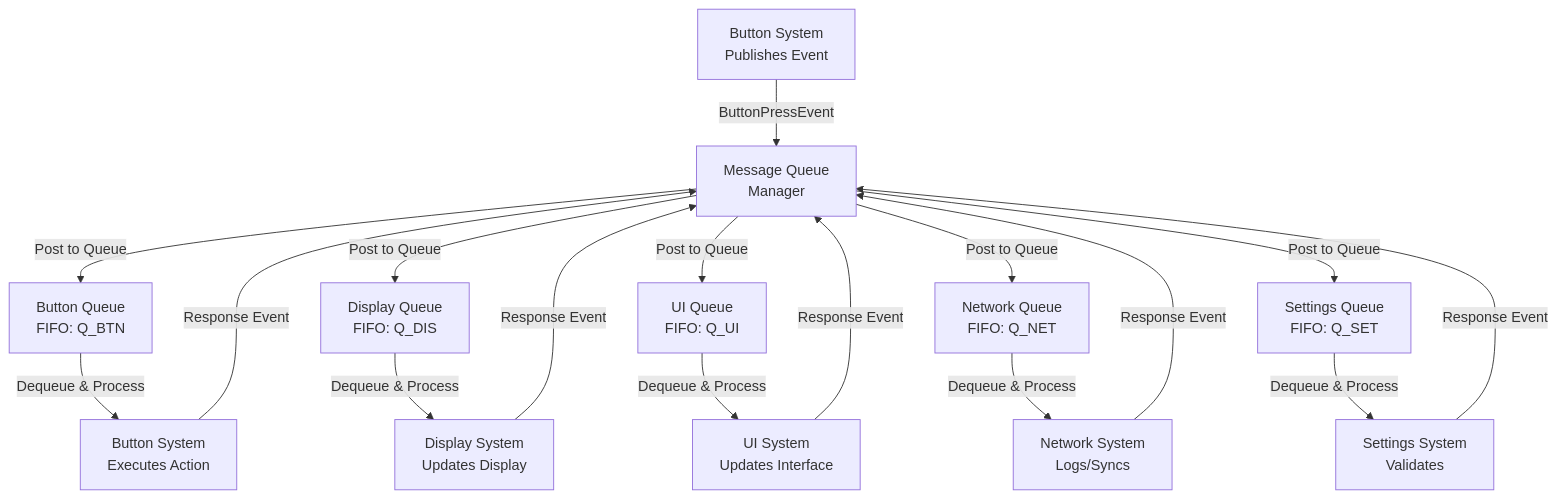
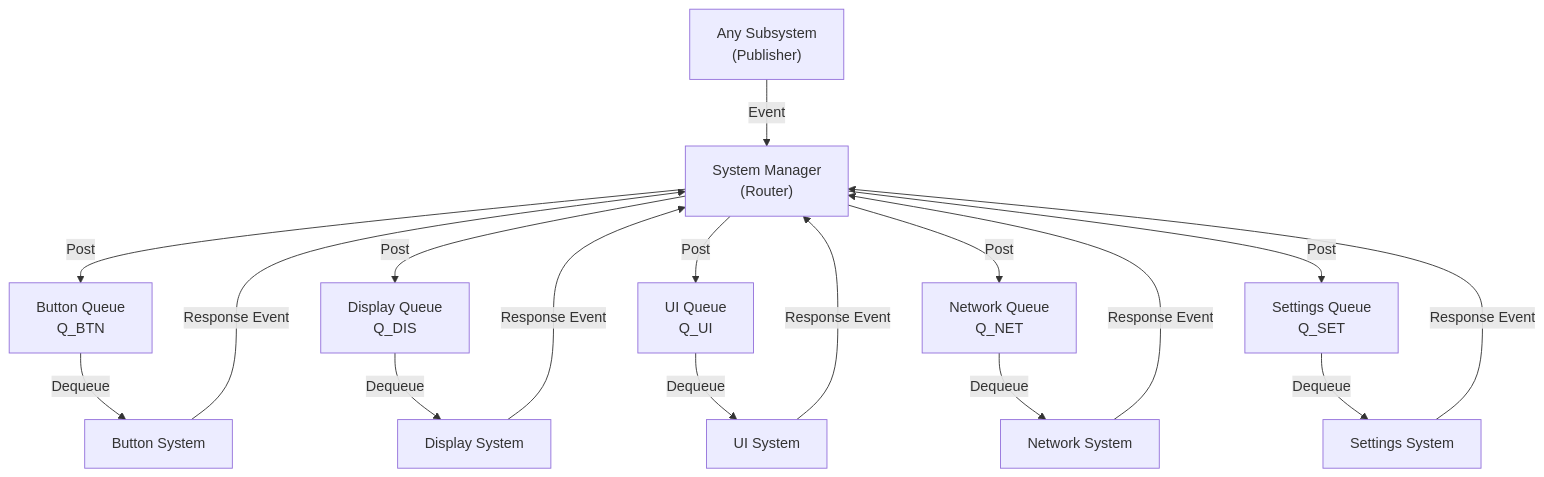
The first of 2 diagrams in docs/sdd/system_manager/SDD_System_Manager.md (TNH510/NeoWatch), drawn with Mermaid before and after one commit. The commit also changed other lines of this file and 1 other file, not shown here.

Commit message:
add: Introduce System Manager Architecture Recommendation for RTOS

````diff
--- a/docs/sdd/system_manager/SDD_System_Manager.md
+++ b/docs/sdd/system_manager/SDD_System_Manager.md
@@ -176,22 +32,22 @@
 ```mermaid
 graph TD
-    A["Button System<br/>Publishes Event"] -->|"ButtonPressEvent"| B["Message Queue<br/>Manager"]
-    
-    B -->|"Post to Queue"| C["Button Queue<br/>FIFO: Q_BTN"]
-    B -->|"Post to Queue"| D["Display Queue<br/>FIFO: Q_DIS"]
-    B -->|"Post to Queue"| E["UI Queue<br/>FIFO: Q_UI"]
-    B -->|"Post to Queue"| F["Network Queue<br/>FIFO: Q_NET"]
-    B -->|"Post to Queue"| G["Settings Queue<br/>FIFO: Q_SET"]
-    
-    C -->|"Dequeue & Process"| H["Button System<br/>Executes Action"]
-    D -->|"Dequeue & Process"| I["Display System<br/>Updates Display"]
-    E -->|"Dequeue & Process"| J["UI System<br/>Updates Interface"]
-    F -->|"Dequeue & Process"| K["Network System<br/>Logs/Syncs"]
-    G -->|"Dequeue & Process"| L["Settings System<br/>Validates"]
-    
+    A["Any Subsystem<br/>(Publisher)"] -->|"Event"| B["System Manager<br/>(Router)"]
+
+    B -->|"Post"| C["Button Queue<br/>Q_BTN"]
+    B -->|"Post"| D["Display Queue<br/>Q_DIS"]
+    B -->|"Post"| E["UI Queue<br/>Q_UI"]
+    B -->|"Post"| F["Network Queue<br/>Q_NET"]
+    B -->|"Post"| G["Settings Queue<br/>Q_SET"]
+
+    C -->|"Dequeue"| H["Button System"]
+    D -->|"Dequeue"| I["Display System"]
+    E -->|"Dequeue"| J["UI System"]
+    F -->|"Dequeue"| K["Network System"]
+    G -->|"Dequeue"| L["Settings System"]
+
     H -->|"Response Event"| B
     I -->|"Response Event"| B
     J -->|"Response Event"| B
     K -->|"Response Event"| B
     L -->|"Response Event"| B
 ```
````
